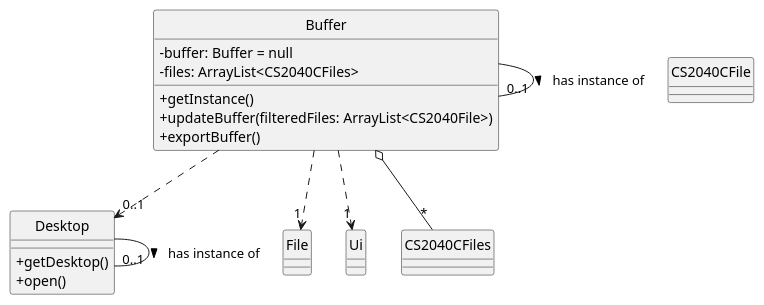
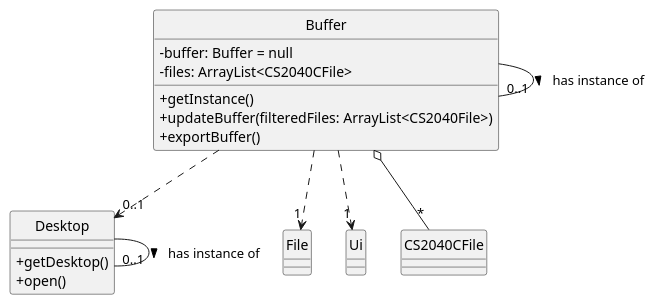
Before and after one commit to ong-ck/tp: the diagram in docs/class-diagrams/source-files/ExportClass.puml, drawn with PlantUML. The commit also changed 1 other file, not shown here.

```diff
--- a/docs/class-diagrams/source-files/ExportClass.puml
+++ b/docs/class-diagrams/source-files/ExportClass.puml
@@ -1,34 +1,34 @@
 @startuml
 skinparam classAttributeIconSize 0
 
 class Buffer {
 -buffer: Buffer = null
--files: ArrayList<CS2040CFiles>
+-files: ArrayList<CS2040CFile>
 +getInstance()
 +updateBuffer(filteredFiles: ArrayList<CS2040File>)
 +exportBuffer()
 }
 
 class File {
 }
 
 class Ui {
 }
 
 class CS2040CFile {
 }
 
 class Desktop {
 +getDesktop()
 +open()
 }
 
 Buffer ..> "0..1" Desktop
 Desktop - "0..1" Desktop : has instance of >
 Buffer -  "0..1" Buffer: has instance of >
 Buffer ..> "1" Ui
 Buffer ..> "1" File
-Buffer o-- "*" CS2040CFiles
+Buffer o-- "*" CS2040CFile
 
 hide circle
 @enduml
```
